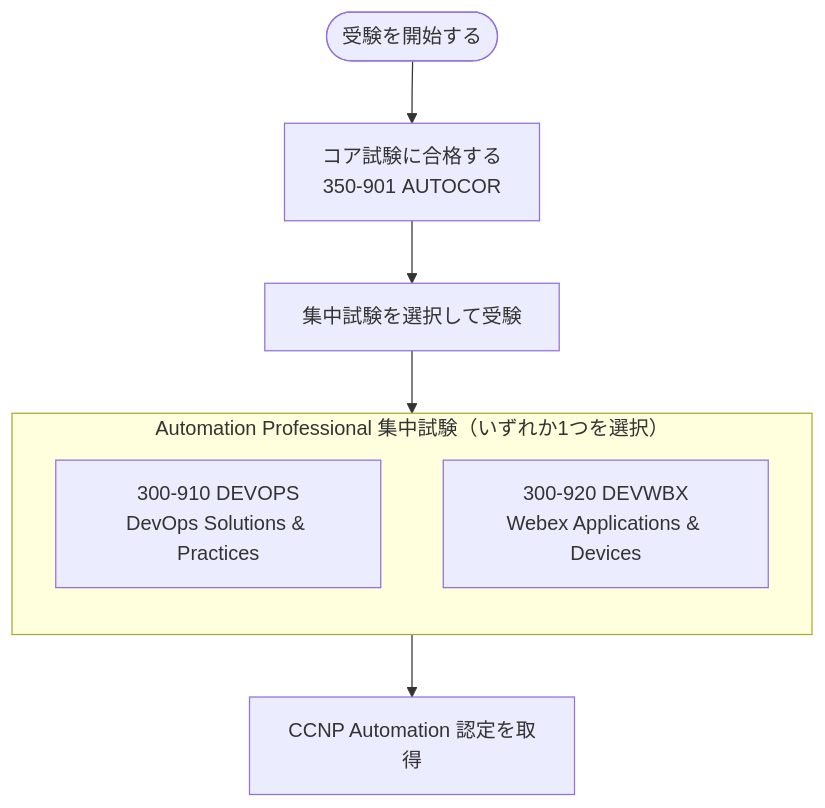
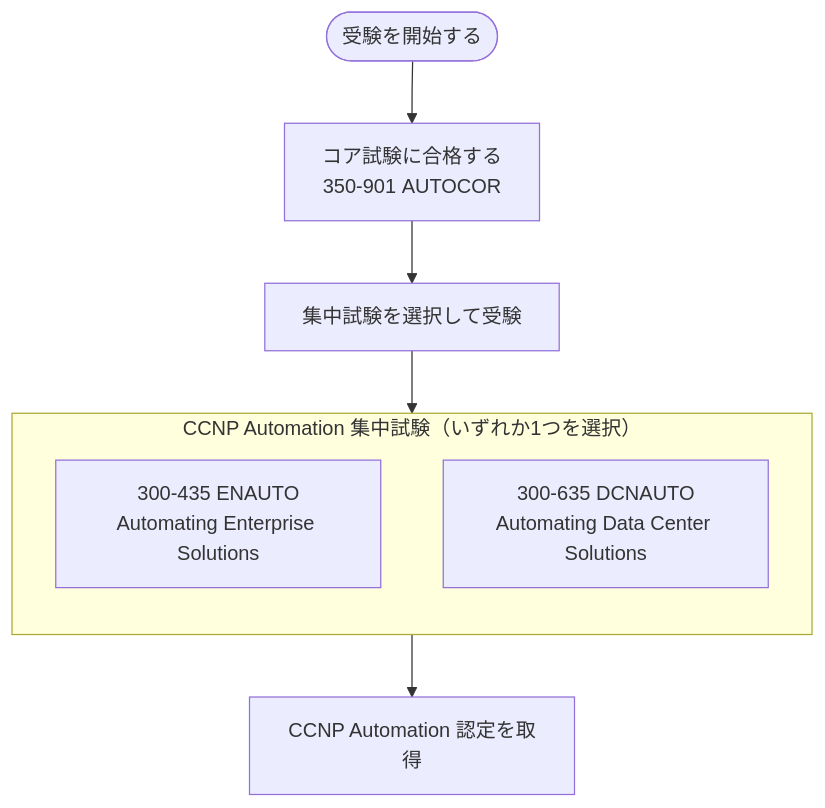
Before and after one commit to myoshi2891/Cloud-Infrastructure-Studies: the second of 6 diagrams in Cisco-devnet-professional-guide.md, drawn with Mermaid. The commit also changed other lines of this file, not shown here.

Commit message:
fix(devnet-pro): update certification structure to current CCNP Automation path and move legacy DevNet details to separate section

````diff
--- a/Cisco-devnet-professional-guide.md
+++ b/Cisco-devnet-professional-guide.md
@@ -117,14 +117,14 @@
 ```mermaid
 flowchart TB
     Start(["受験を開始する"]) --> Core["コア試験に合格する<br/>350-901 AUTOCOR"]
     Core --> Choose["集中試験を選択して受験"]
 
-    subgraph Concentrations["Automation Professional 集中試験（いずれか1つを選択）"]
+    subgraph Concentrations["CCNP Automation 集中試験（いずれか1つを選択）"]
         direction TB
-        C1["300-910 DEVOPS<br/>DevOps Solutions & Practices"]
-        C2["300-920 DEVWBX<br/>Webex Applications & Devices"]
+        C1["300-435 ENAUTO<br/>Automating Enterprise Solutions"]
+        C2["300-635 DCNAUTO<br/>Automating Data Center Solutions"]
     end
 
     Choose --> Concentrations
     Concentrations --> Result["CCNP Automation 認定を取得"]
 ```
````
